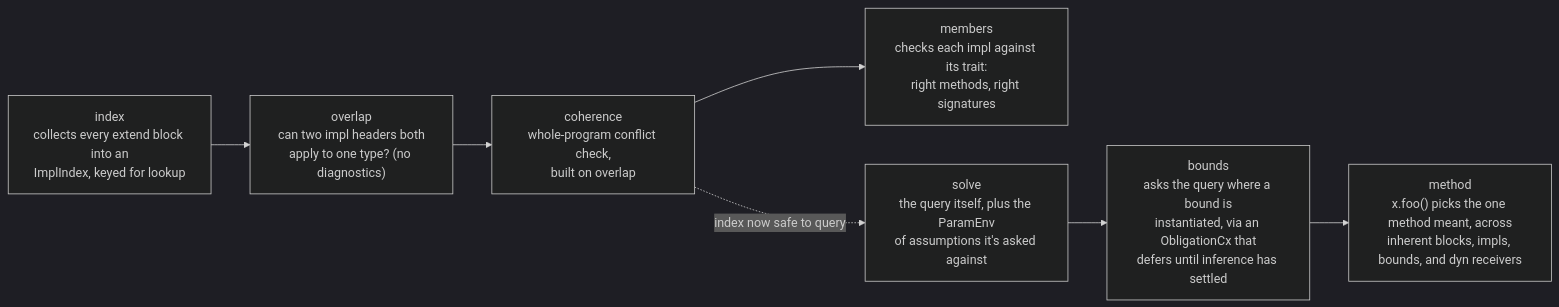
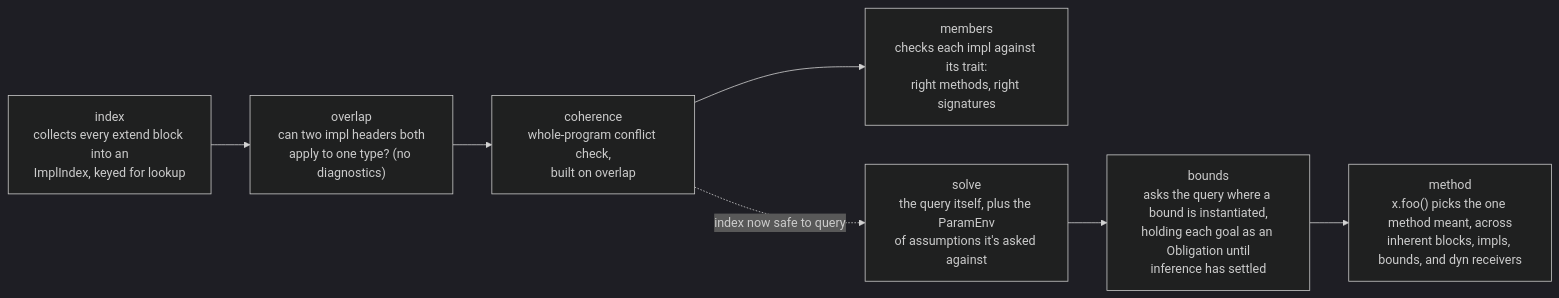
The sixth of 6 diagrams in docs/architecture.md (jamesfang87/Phi-Programming-Lang), drawn with Mermaid (dark theme) before and after one commit. The commit also changed other lines of this file, not shown here.

Commit message:
Update architecture.md to reflect simplified trait solving

````diff
--- a/docs/architecture.md
+++ b/docs/architecture.md
@@ -652,12 +653,12 @@
 ```mermaid
 flowchart LR
     Index["index<br>collects every extend block into an<br>ImplIndex, keyed for lookup"] --> Overlap
     Overlap["overlap<br>can two impl headers both<br>apply to one type? (no diagnostics)"] --> Coherence
     Coherence["coherence<br>whole-program conflict check,<br>built on overlap"] --> Members
     Members["members<br>checks each impl against its trait:<br>right methods, right signatures"]
 
     Coherence -.->|"index now safe to query"| Solve
     Solve["solve<br>the query itself, plus the ParamEnv<br>of assumptions it's asked against"] --> Bounds
-    Bounds["bounds<br>asks the query where a bound is<br>instantiated, via an ObligationCx that<br>defers until inference has settled"] --> Method
+    Bounds["bounds<br>asks the query where a bound is instantiated,<br>holding each goal as an Obligation until<br>inference has settled"] --> Method
     Method["method<br>x.foo() picks the one method meant, across<br>inherent blocks, impls, bounds, and dyn receivers"]
 ```
````
